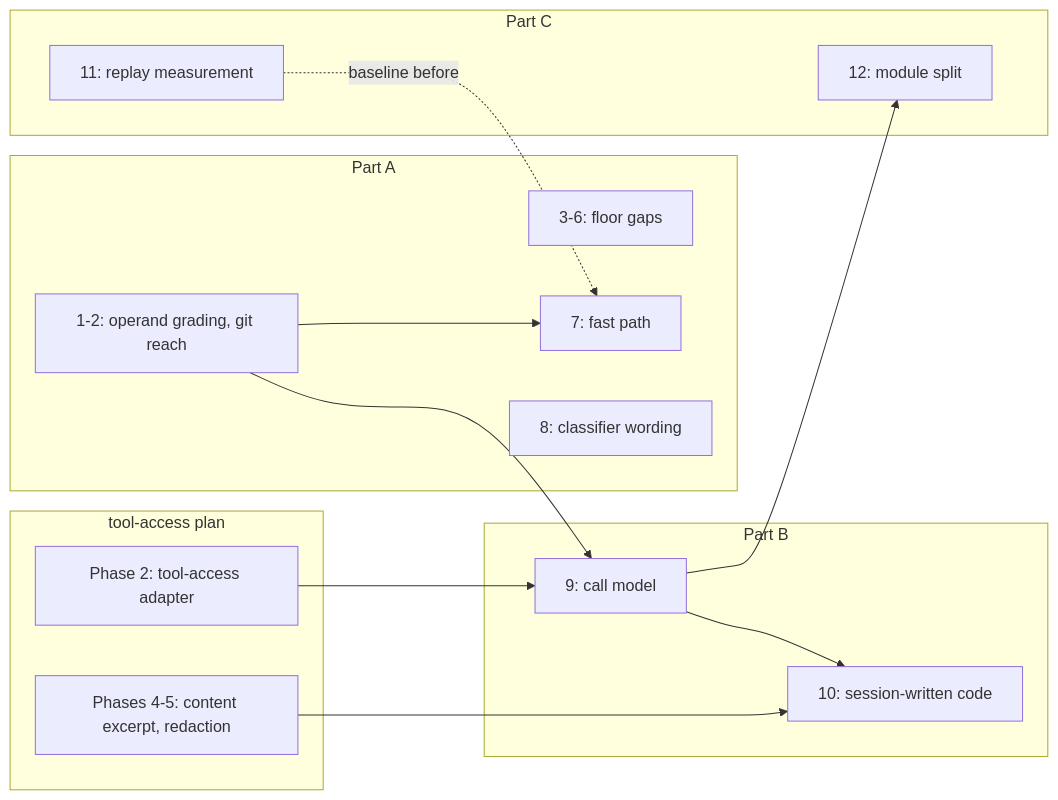
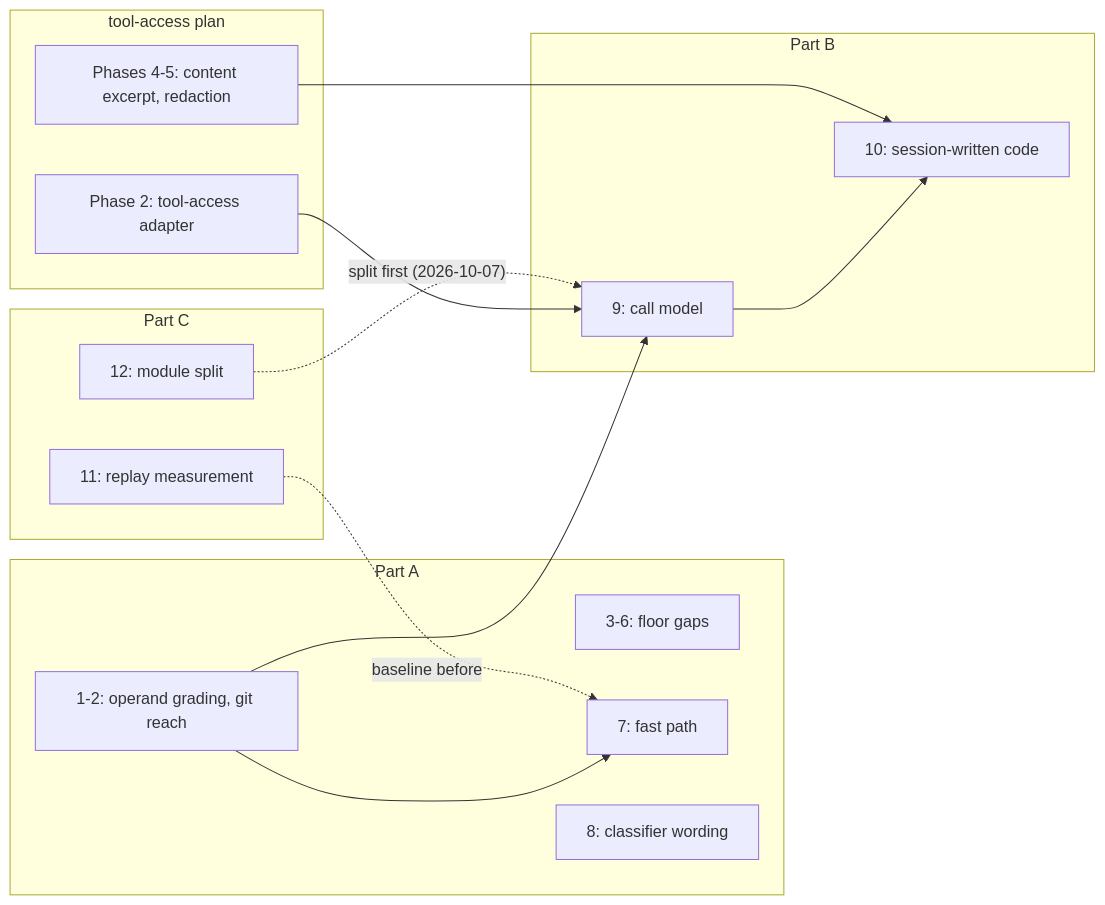
One commit to jonatsu/pi-verdict changed the first of 2 diagrams in docs/plans/call-model-and-rule-hardening.md. Above: the diagram before and after it, drawn with Mermaid. The commit also changed other lines of this file, not shown here.

First line of the commit message:
docs(plans): split the file first and record the new delivery order

````diff
--- a/docs/plans/call-model-and-rule-hardening.md
+++ b/docs/plans/call-model-and-rule-hardening.md
@@ -33,28 +34,28 @@
 ```mermaid
 flowchart LR
   subgraph TA["tool-access plan"]
     P2["Phase 2: tool-access adapter"]
     P45["Phases 4-5: content excerpt, redaction"]
   end
   subgraph A["Part A"]
     I12["1-2: operand grading, git reach"]
     I3to6["3-6: floor gaps"]
     I7["7: fast path"]
     I8["8: classifier wording"]
   end
   subgraph B["Part B"]
     I9["9: call model"]
     I10["10: session-written code"]
   end
   subgraph C["Part C"]
     I11["11: replay measurement"]
     I12s["12: module split"]
   end
   I12 --> I7
   I11 -.->|"baseline before"| I7
   I12 --> I9
   P2 --> I9
   I9 --> I10
   P45 --> I10
-  I9 --> I12s
+  I12s -.->|"split first (2026-10-07)"| I9
 ```
````
